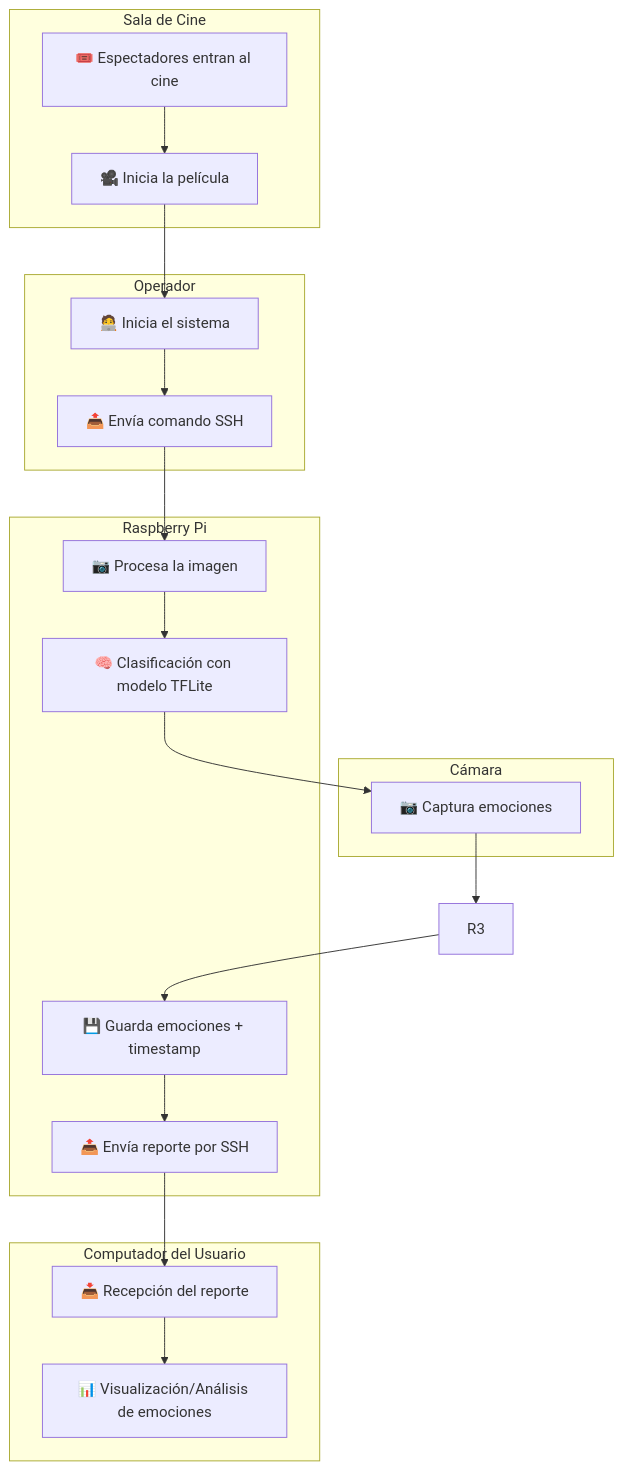
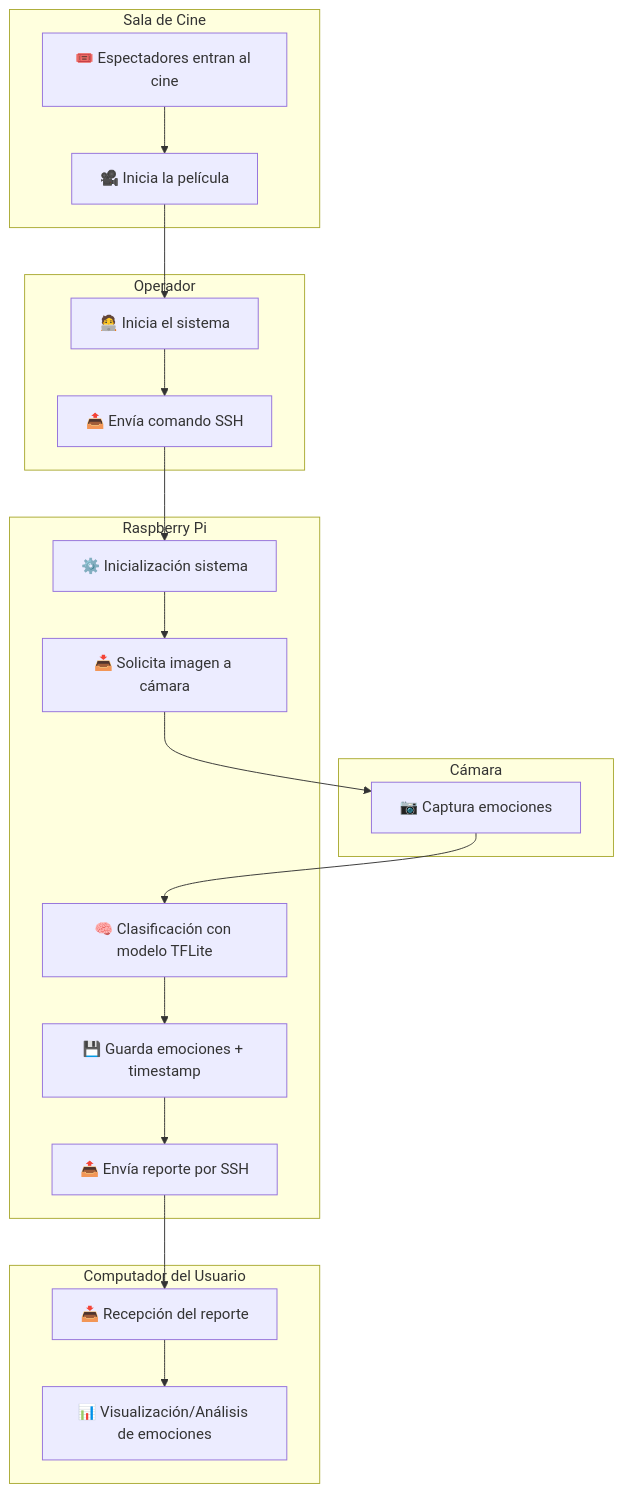
One commit to lestorres/Reconocimiento_clasificacion_de_expresiones changed the diagram in docs/vista-operacional.md. Above: the diagram before and after it, drawn with Mermaid.

````diff
--- a/docs/vista-operacional.md
+++ b/docs/vista-operacional.md
@@ -3,41 +3,42 @@
 ```mermaid
 flowchart TD
     subgraph Sala de Cine
         U1[🎟️ Espectadores entran al cine]
         U2[🎥 Inicia la película]
     end
 
     subgraph Operador
         O1[🧑‍💻 Inicia el sistema]
         O2[📤 Envía comando SSH]
     end
 
     subgraph Cámara
         CAM1[📷 Captura emociones]
     end
 
     subgraph Raspberry Pi
-        R1[📷 Procesa la imagen]
-        R2[🧠 Clasificación con modelo TFLite]
+        R1[⚙️ Inicialización sistema]
+        R2[📥 Solicita imagen a cámara]
+        R3[🧠 Clasificación con modelo TFLite]
         R4[💾 Guarda emociones + timestamp]
         R5[📤 Envía reporte por SSH]
     end
 
     subgraph Computador del Usuario
-        C1[📥 Recepción del reporte]
-        C2[📊 Visualización/Análisis de emociones]
+        CU1[📥 Recepción del reporte]
+        CU2[📊 Visualización/Análisis de emociones]
     end
 
     U1 --> U2
     U2 --> O1
     O1 --> O2
     O2 --> R1
     R1 --> R2
     R2 --> CAM1
     CAM1 --> R3
     R3 --> R4
     R4 --> R5
-    R5 --> C1
-    C1 --> C2
+    R5 --> CU1
+    CU1 --> CU2
 
 ```
````
